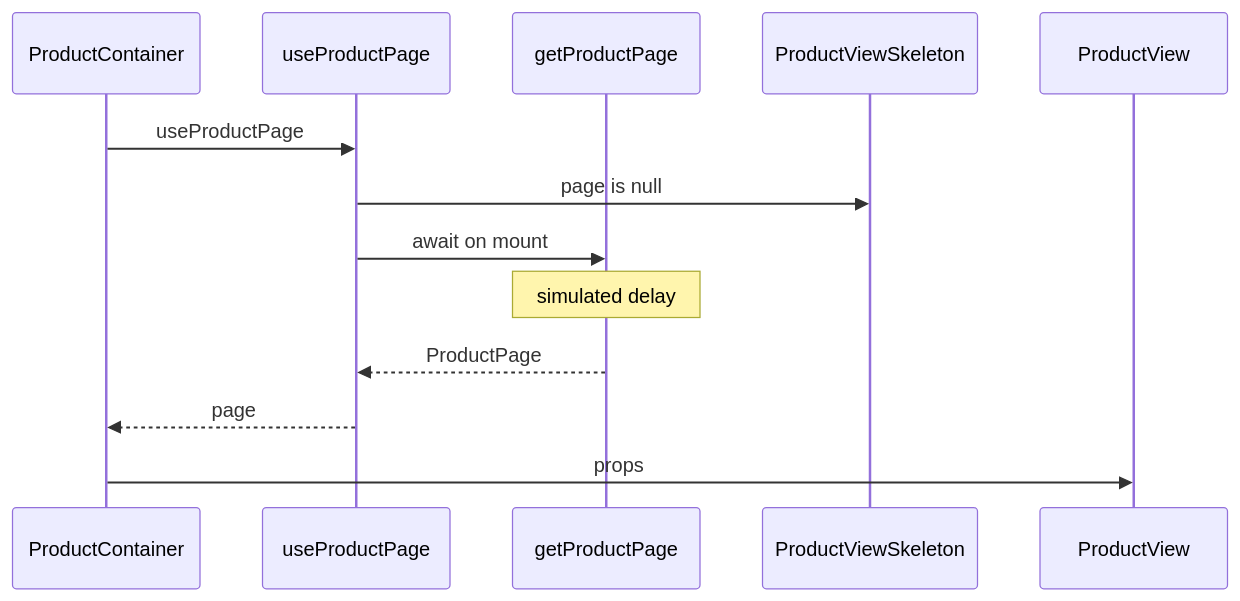
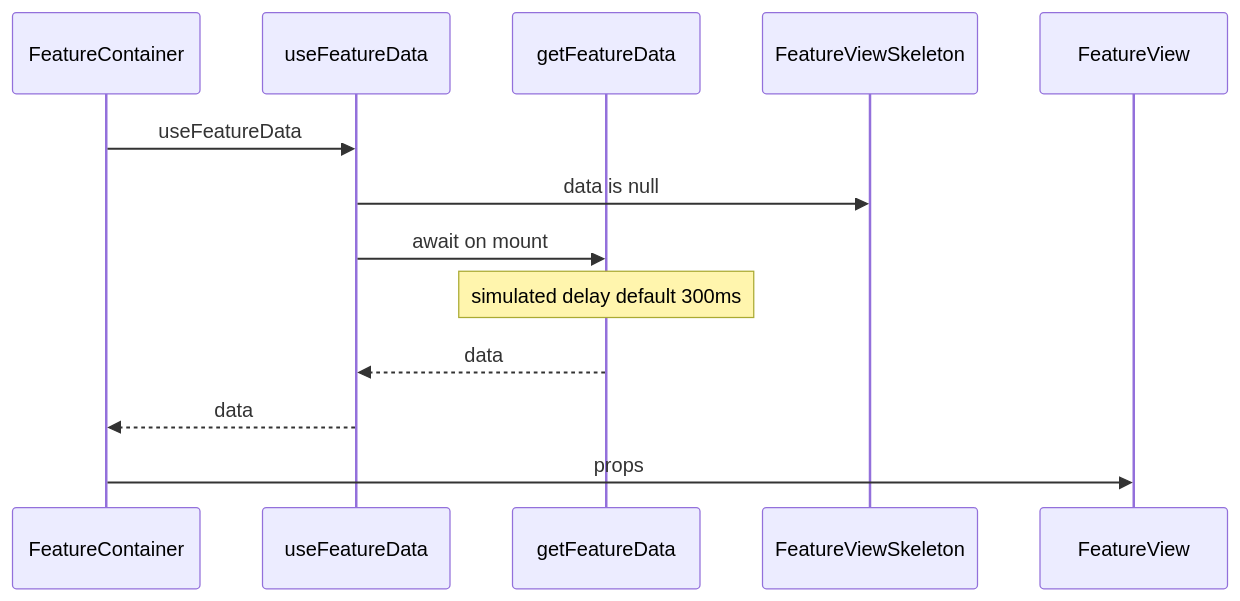
Before and after one commit to TrevelinT/mba-modular-monolith: the second of 2 diagrams in .cursor/rules/project-guidelines.mdc, drawn with Mermaid. The commit also changed other lines of this file and 10 other files, not shown here.

````diff
--- a/.cursor/rules/project-guidelines.mdc
+++ b/.cursor/rules/project-guidelines.mdc
@@ -111,15 +109,15 @@
 ```mermaid
 sequenceDiagram
-  participant Container as ProductContainer
-  participant Hook as useProductPage
-  participant API as getProductPage
-  participant Skeleton as ProductViewSkeleton
-  participant View as ProductView
-  Container->>Hook: useProductPage
-  Hook->>Skeleton: page is null
+  participant Container as FeatureContainer
+  participant Hook as useFeatureData
+  participant API as getFeatureData
+  participant Skeleton as FeatureViewSkeleton
+  participant View as FeatureView
+  Container->>Hook: useFeatureData
+  Hook->>Skeleton: data is null
   Hook->>API: await on mount
-  Note over API: simulated delay
-  API-->>Hook: ProductPage
-  Hook-->>Container: page
+  Note over API: simulated delay default 300ms
+  API-->>Hook: data
+  Hook-->>Container: data
   Container->>View: props
 ```
````
